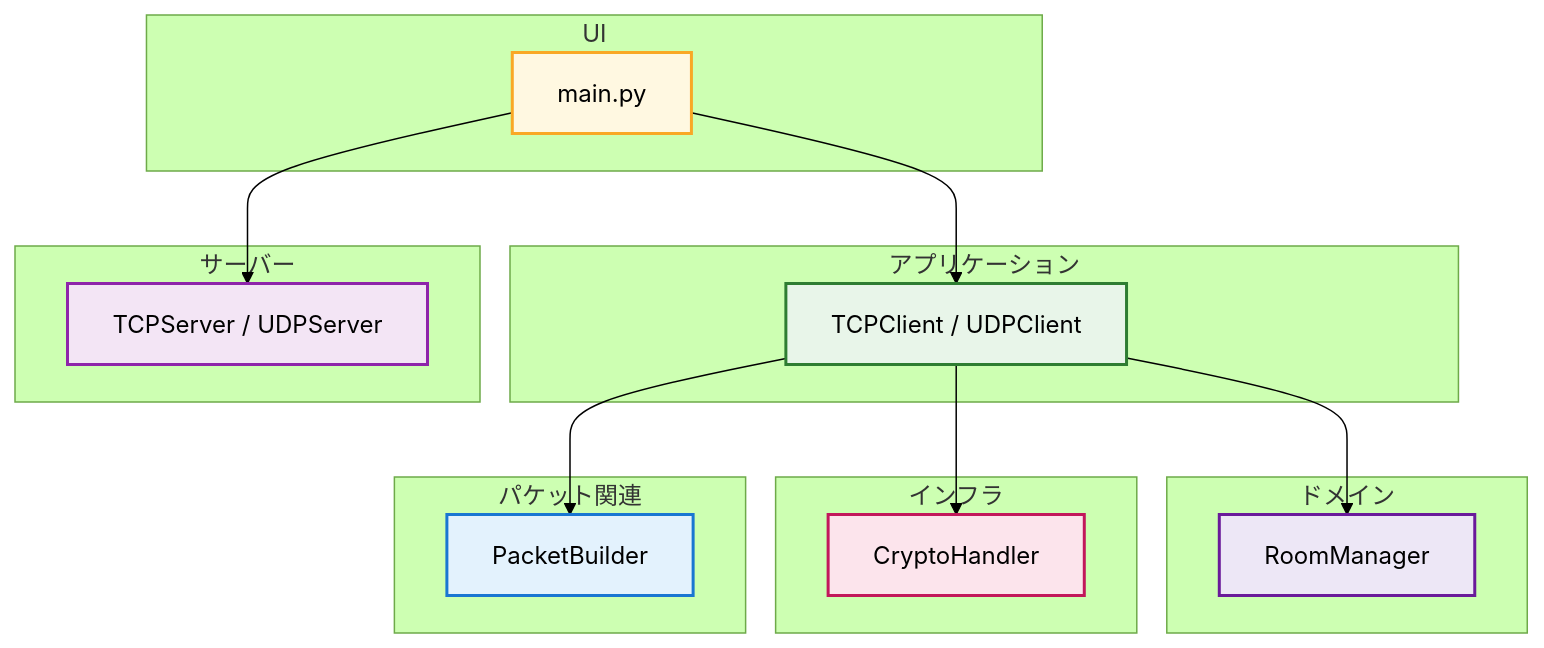
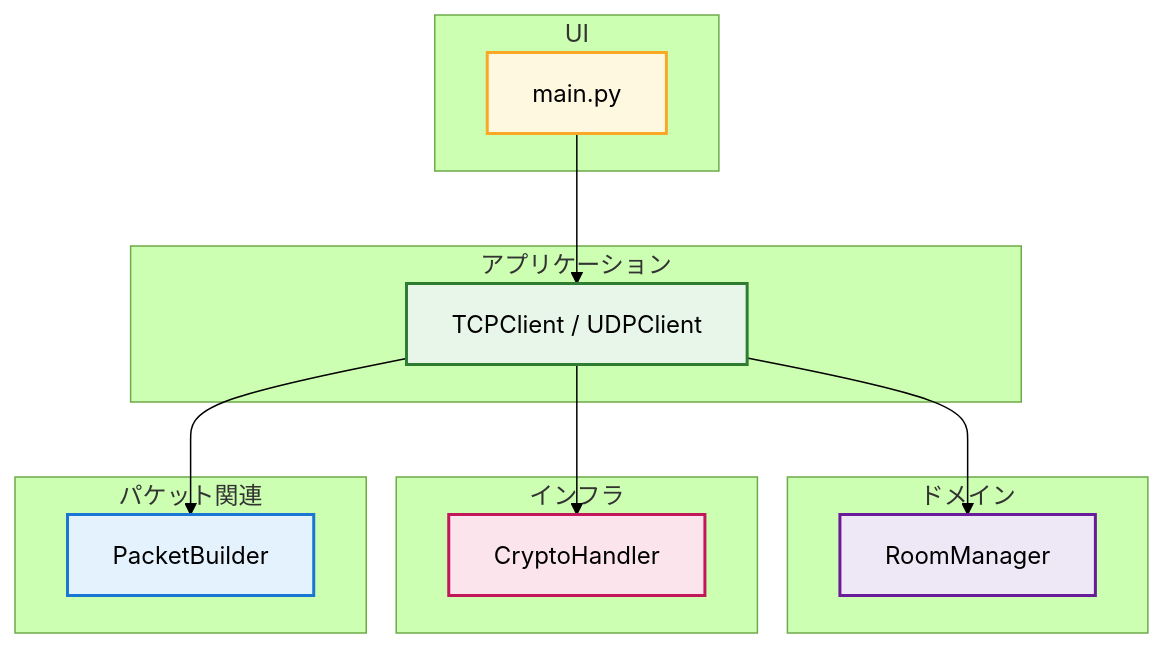
One commit to BackendExplorer/Online-Chat-Service changed the first of 5 diagrams in README.md. Above: the diagram before and after it, drawn with Mermaid (forest theme). The commit also changed other lines of this file, not shown here.

````diff
--- a/README.md
+++ b/README.md
@@ -51,55 +2,47 @@
 ```mermaid
 graph TD
 
 %% スタイル定義
 classDef ui fill:#fff8e1,stroke:#f9a825,stroke-width:2px
 classDef application fill:#e8f5e9,stroke:#2e7d32,stroke-width:2px
 classDef domain fill:#ede7f6,stroke:#6a1b9a,stroke-width:2px
 classDef infra fill:#fce4ec,stroke:#c2185b,stroke-width:2px
 classDef packet fill:#e3f2fd,stroke:#1976d2,stroke-width:2px
-classDef server fill:#f3e5f5,stroke:#8e24aa,stroke-width:2px
 
 %% UI層
 subgraph UIレイヤー\[UI]
 UI["main.py"]
 class UI ui
 end
 
 %% アプリケーション層
 subgraph アプリケーションレイヤー\[アプリケーション]
 App["TCPClient / UDPClient"]
 class App application
 end
 
 %% ドメイン層
 subgraph ドメインレイヤー\[ドメイン]
 Domain["RoomManager"]
 class Domain domain
 end
 
 %% インフラ層
 subgraph インフラレイヤー\[インフラ]
 Infra["CryptoHandler"]
 class Infra infra
 end
 
 %% パケット生成
 subgraph パケット処理\[パケット関連]
 Packet["PacketBuilder"]
 class Packet packet
 end
 
-%% サーバー層
-subgraph サーバー処理\[サーバー]
-Server["TCPServer / UDPServer"]
-class Server server
-end
-
 %% 接続関係
 UI --> App
-UI --> Server
 App --> Domain
 App --> Infra
 App --> Packet
 
 ```
````
